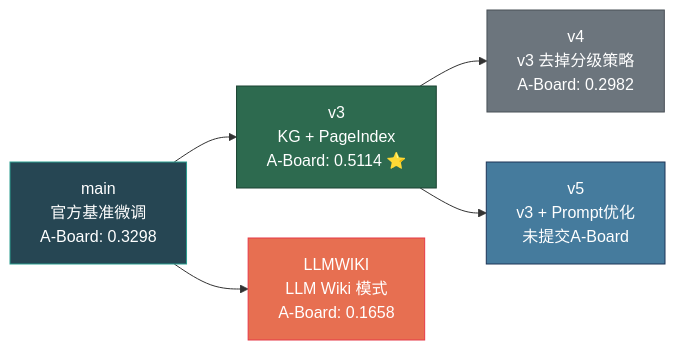
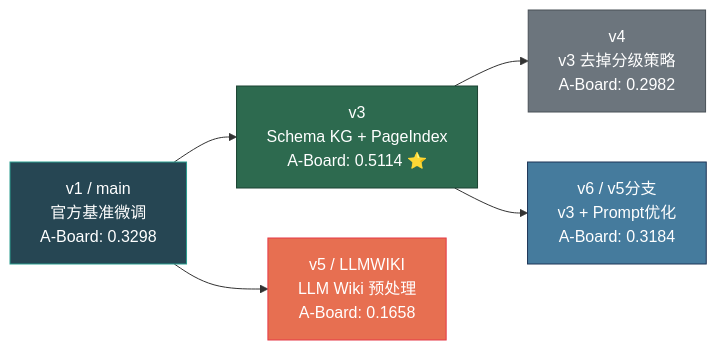
The diagram in Phase1_Report.md (cw-jlu/Your-Data-Assistant), drawn with Mermaid before and after one commit. The commit also changed other lines of this file and 2 other files, not shown here.

````diff
--- a/Phase1_Report.md
+++ b/Phase1_Report.md
@@ -63,19 +63,19 @@
 ```mermaid
 graph LR
-    main["main<br/>官方基准微调<br/>A-Board: 0.3298"]
-    v3["v3<br/>KG + PageIndex<br/>A-Board: 0.5114 ⭐"]
+    main["v1 / main<br/>官方基准微调<br/>A-Board: 0.3298"]
+    v3["v3<br/>Schema KG + PageIndex<br/>A-Board: 0.5114 ⭐"]
     v4["v4<br/>v3 去掉分级策略<br/>A-Board: 0.2982"]
-    v5["v5<br/>v3 + Prompt优化<br/>未提交A-Board"]
-    LLMWIKI["LLMWIKI<br/>LLM Wiki 模式<br/>A-Board: 0.1658"]
+    v5["v5 / LLMWIKI<br/>LLM Wiki 预处理<br/>A-Board: 0.1658"]
+    v6["v6 / v5分支<br/>v3 + Prompt优化<br/>A-Board: 0.3184"]
     
     main --> v3
     v3 --> v4
-    v3 --> v5
-    main --> LLMWIKI
+    v3 --> v6
+    main --> v5
     
     style v3 fill:#2d6a4f,stroke:#1b4332,color:#fff
     style main fill:#264653,stroke:#2a9d8f,color:#fff
     style v4 fill:#6c757d,stroke:#495057,color:#fff
-    style v5 fill:#457b9d,stroke:#1d3557,color:#fff
-    style LLMWIKI fill:#e76f51,stroke:#e63946,color:#fff
+    style v5 fill:#e76f51,stroke:#e63946,color:#fff
+    style v6 fill:#457b9d,stroke:#1d3557,color:#fff
 ```
````
